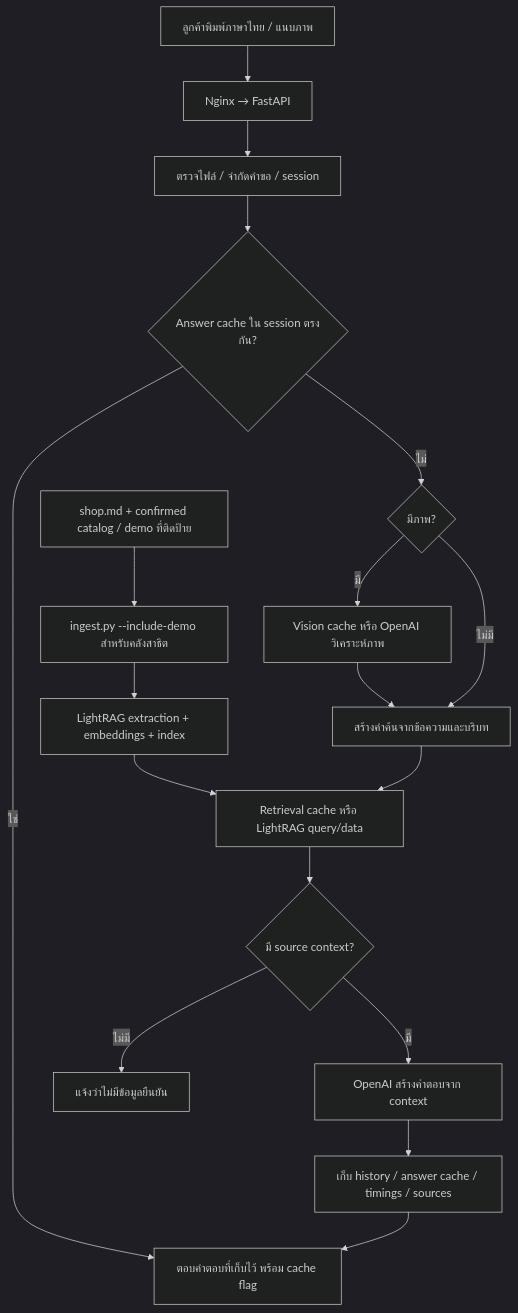
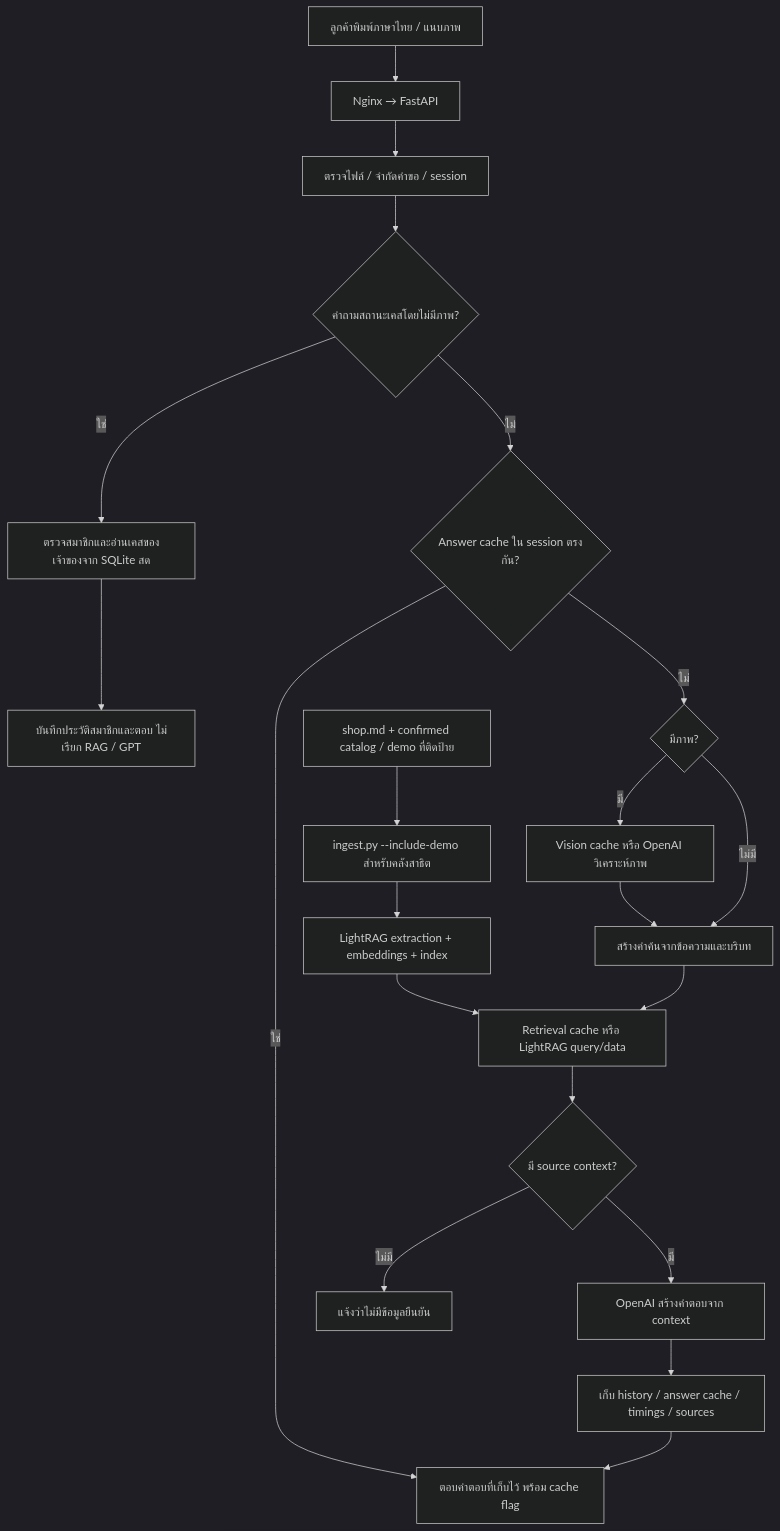
One commit to Qwmxjk0/plimo-iphone-repair-chatbot changed the diagram in qa/diagrams/rag-flow.md. Above: the diagram before and after it, drawn with Mermaid (dark theme). The commit also changed other lines of this file and 19 other files, not shown here.

````diff
--- a/qa/diagrams/rag-flow.md
+++ b/qa/diagrams/rag-flow.md
@@ -3,20 +3,24 @@
 ```mermaid
 flowchart TD
     A[ลูกค้าพิมพ์ภาษาไทย / แนบภาพ] --> B[Nginx → FastAPI]
     B --> C[ตรวจไฟล์ / จำกัดคำขอ / session]
-    C --> D{Answer cache ใน session ตรงกัน?}
+    C --> X{คำถามสถานะเคสโดยไม่มีภาพ?}
+    X -- ใช่ --> Y[ตรวจสมาชิกและอ่านเคสของเจ้าของจาก SQLite สด]
+    Y --> W[บันทึกประวัติสมาชิกและตอบ ไม่เรียก RAG / GPT]
+    X -- ไม่ --> D
+    D{Answer cache ใน session ตรงกัน?}
     D -- ใช่ --> Z[ตอบคำตอบที่เก็บไว้ พร้อม cache flag]
     D -- ไม่ --> E{มีภาพ?}
     E -- มี --> F[Vision cache หรือ OpenAI วิเคราะห์ภาพ]
     E -- ไม่มี --> G[สร้างคำค้นจากข้อความและบริบท]
     F --> G
     G --> H[Retrieval cache หรือ LightRAG query/data]
     H --> I{มี source context?}
     I -- ไม่มี --> J[แจ้งว่าไม่มีข้อมูลยืนยัน]
     I -- มี --> K[OpenAI สร้างคำตอบจาก context]
     K --> L[เก็บ history / answer cache / timings / sources]
     L --> Z
     M[shop.md + confirmed catalog / demo ที่ติดป้าย] --> N[ingest.py --include-demo สำหรับคลังสาธิต]
     N --> O[LightRAG extraction + embeddings + index]
     O --> H
 ```
````
